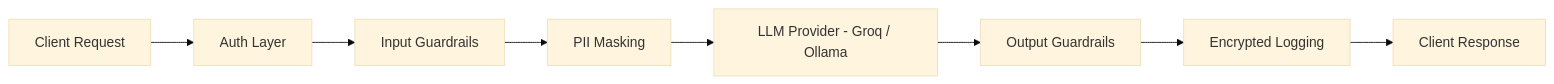
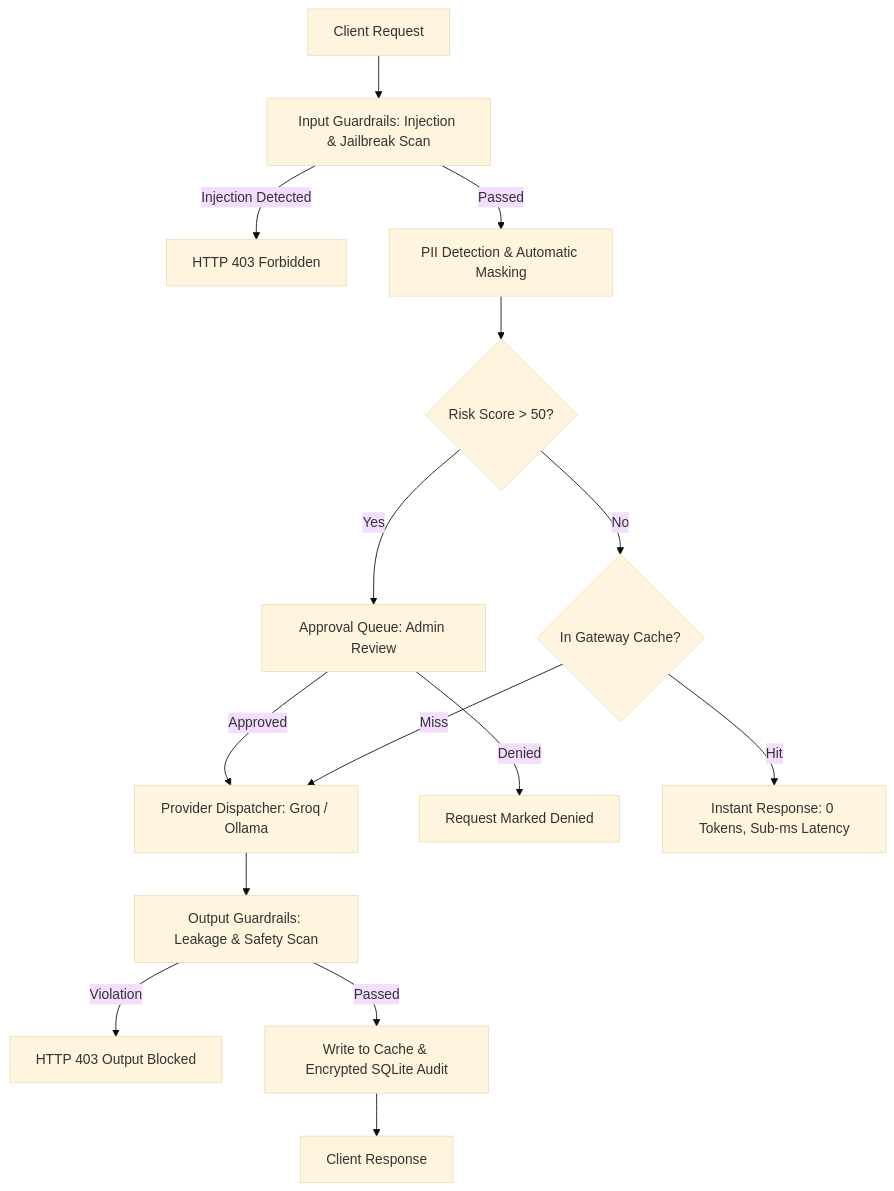
Before and after one commit to dhruuv-patil/Sentra: the diagram in README.md, drawn with Mermaid (base theme). The commit also changed other lines of this file and 21 other files, not shown here.

Commit message:
feat: complete production-ready security gateway with PII redaction, caching, HITL approvals, and test suite

````diff
--- a/README.md
+++ b/README.md
@@ -145,10 +137,17 @@
 ```mermaid
-graph LR
-    A[Client Request] --> B[Auth Layer]
-    B --> C[Input Guardrails]
-    C --> D[PII Masking]
-    D --> E[LLM Provider - Groq / Ollama]
-    E --> F[Output Guardrails]
-    F --> G[Encrypted Logging]
-    G --> H[Client Response]
+graph TD
+    A[Client Request] --> B[Input Guardrails: Injection & Jailbreak Scan]
+    B -->|Injection Detected| C[HTTP 403 Forbidden]
+    B -->|Passed| D[PII Detection & Automatic Masking]
+    D --> E{Risk Score > 50?}
+    E -->|Yes| F[Approval Queue: Admin Review]
+    F -->|Approved| G[Provider Dispatcher: Groq / Ollama]
+    F -->|Denied| H[Request Marked Denied]
+    E -->|No| I{In Gateway Cache?}
+    I -->|Hit| J[Instant Response: 0 Tokens, Sub-ms Latency]
+    I -->|Miss| G
+    G --> K[Output Guardrails: Leakage & Safety Scan]
+    K -->|Violation| L[HTTP 403 Output Blocked]
+    K -->|Passed| M[Write to Cache & Encrypted SQLite Audit]
+    M --> N[Client Response]
 ```
````
